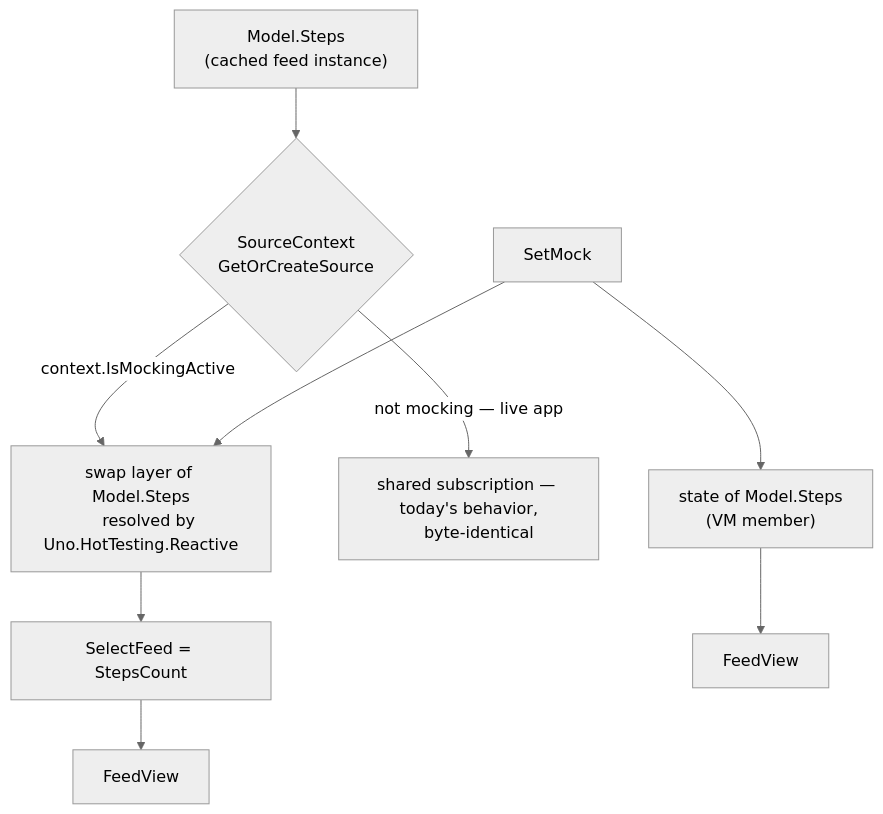
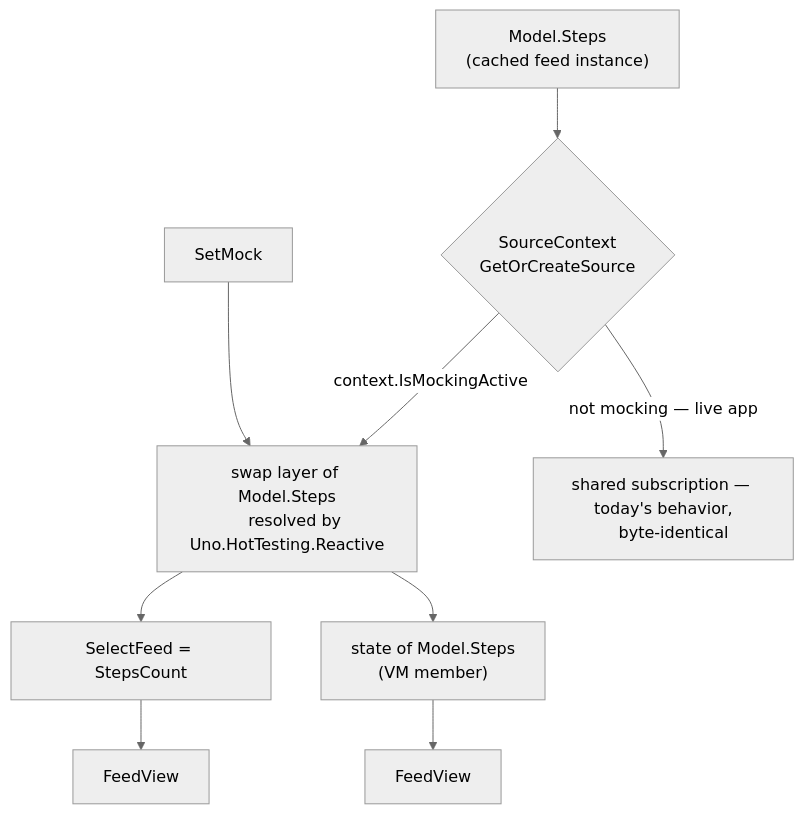
The first of 2 diagrams in specs/013-mvux-mocking-previews/architecture.md (unoplatform/uno.extensions), drawn with Mermaid (neutral theme) before and after one commit. The commit also changed other lines of this file and 3 other files, not shown here.

````diff
--- a/specs/013-mvux-mocking-previews/architecture.md
+++ b/specs/013-mvux-mocking-previews/architecture.md
@@ -35,17 +36,16 @@
 ```mermaid
 flowchart TB
     F["Model.Steps
     (cached feed instance)"] --> S{"SourceContext
     GetOrCreateSource"}
     S -->|context.IsMockingActive| L["swap layer of Model.Steps
     resolved by Uno.HotTesting.Reactive"]
     S -->|not mocking — live app| RAW["shared subscription — today's behavior,
     byte-identical"]
     L --> SEL["SelectFeed = StepsCount"]
-    ST["state of Model.Steps
+    L --> ST["state of Model.Steps
     (VM member)"]
     SWAP["SetMock"] --> L
-    SWAP --> ST
     SEL --> UI2["FeedView"]
     ST --> UI1["FeedView"]
 ```
````
